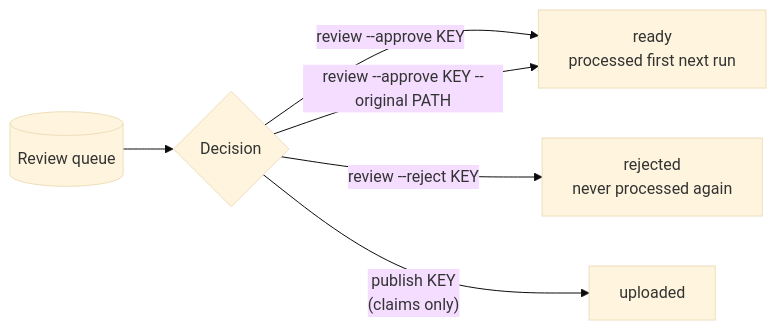
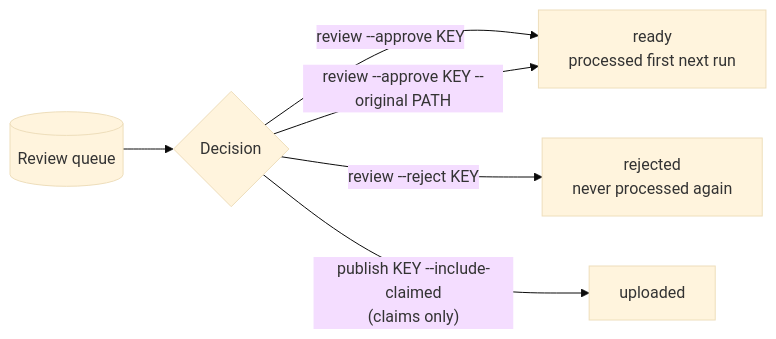
One commit to m-elkhou/social2shorts changed the diagram in docs/use-cases/review-queue.md. Above: the diagram before and after it, drawn with Mermaid (base theme). The commit also changed other lines of this file and 20 other files, not shown here.

````diff
--- a/docs/use-cases/review-queue.md
+++ b/docs/use-cases/review-queue.md
@@ -27,8 +29,8 @@
 ```mermaid
 flowchart LR
     Q[(Review queue)] --> A{Decision}
     A -- "review --approve KEY" --> R[ready<br/>processed first next run]
     A -- "review --approve KEY --original PATH" --> R
     A -- "review --reject KEY" --> X[rejected<br/>never processed again]
-    A -- "publish KEY<br/>(claims only)" --> U[uploaded]
+    A -- "publish KEY --include-claimed<br/>(claims only)" --> U[uploaded]
 ```
````
